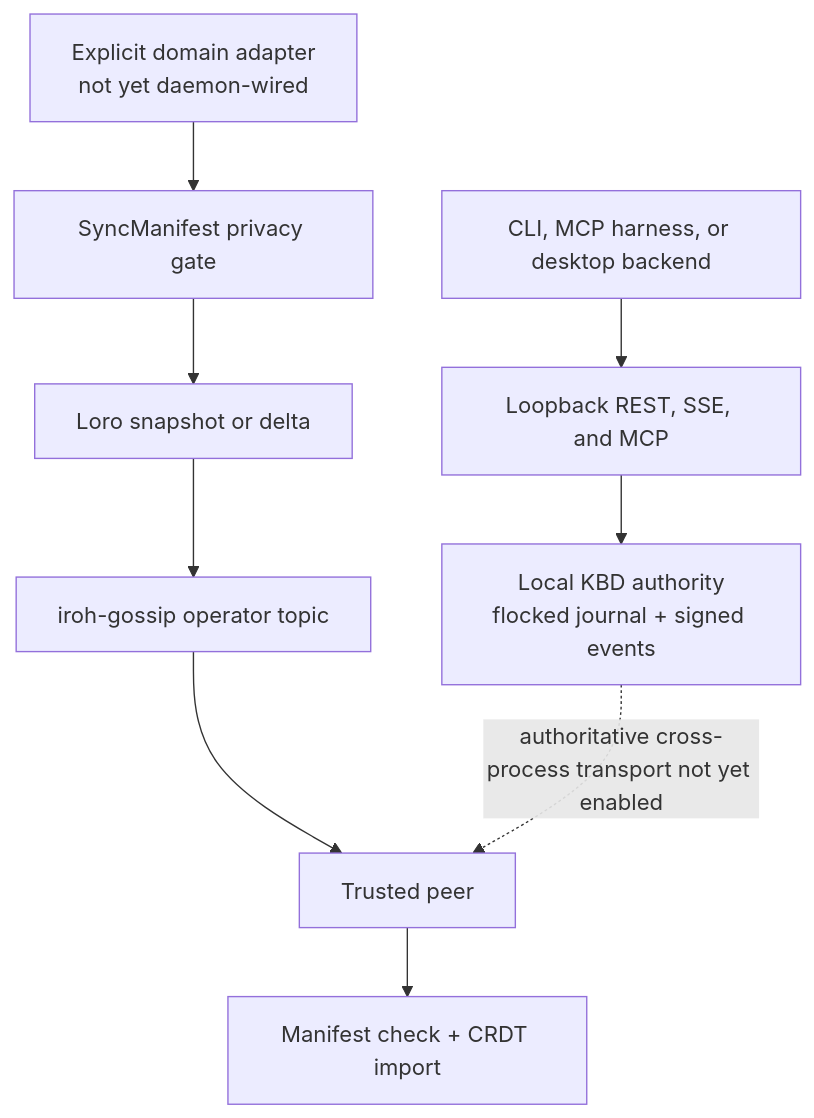
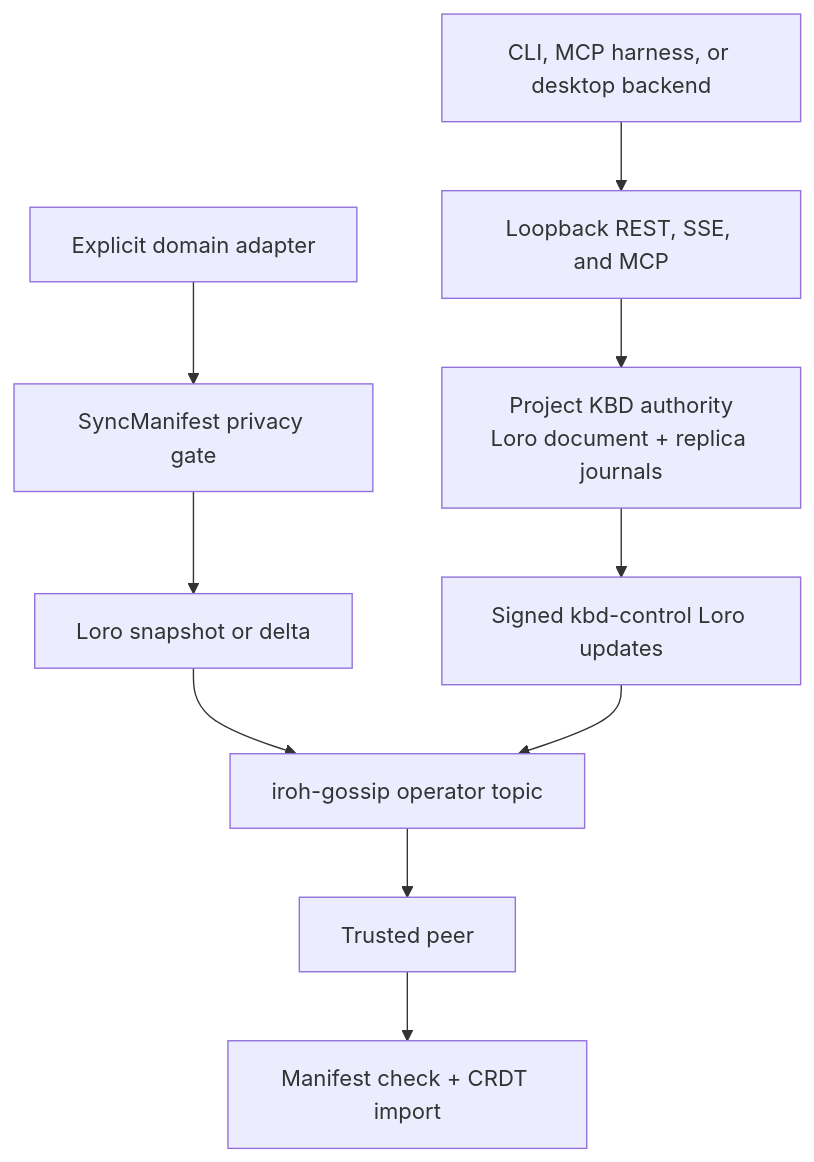
One commit to Prometheus-AGS/prometheus-skill-system changed the diagram in site/docs/sovereign-sync/overview.md. Above: the diagram before and after it, drawn with Mermaid. The commit also changed other lines of this file and 41 other files, not shown here.

Commit message:
feat(kbd): add signed sync and CRDT claims

````diff
--- a/site/docs/sovereign-sync/overview.md
+++ b/site/docs/sovereign-sync/overview.md
@@ -107,11 +96,12 @@
 ```mermaid
 flowchart TB
   Client["CLI, MCP harness, or desktop backend"] --> Local["Loopback REST, SSE, and MCP"]
-  Local --> KBD["Local KBD authority<br/>flocked journal + signed events"]
-  Producer["Explicit domain adapter<br/>not yet daemon-wired"] --> Gate["SyncManifest privacy gate"]
+  Local --> KBD["Project KBD authority<br/>Loro document + replica journals"]
+  Producer["Explicit domain adapter"] --> Gate["SyncManifest privacy gate"]
   Gate --> CRDT["Loro snapshot or delta"]
   CRDT --> Gossip["iroh-gossip operator topic"]
   Gossip --> Peer["Trusted peer"]
   Peer --> Import["Manifest check + CRDT import"]
-  KBD -. "authoritative cross-process transport not yet enabled" .-> Peer
+  KBD --> Signed["Signed kbd-control Loro updates"]
+  Signed --> Gossip
 ```
````
